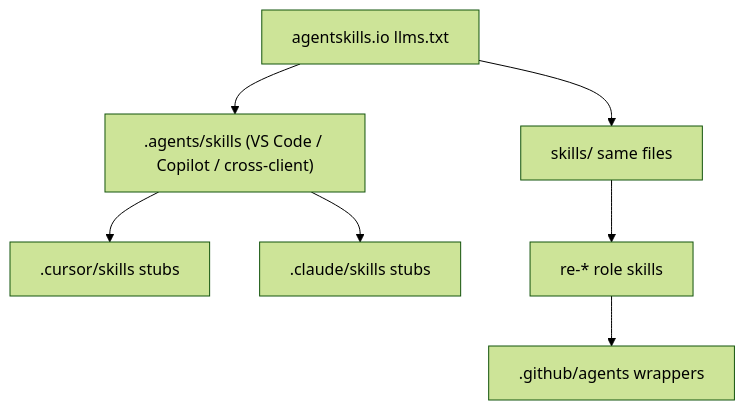
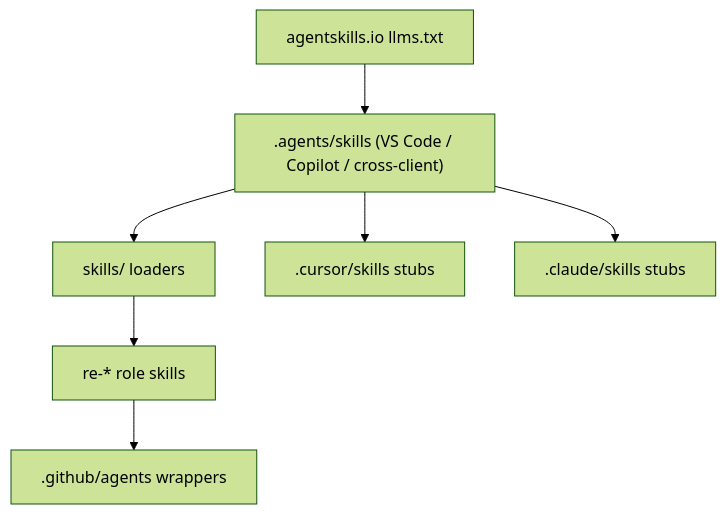
One commit to bodencrouch/AgentDecompile changed the diagram in skills/README.md. Above: the diagram before and after it, drawn with Mermaid (forest theme). The commit also changed other lines of this file and 63 other files, not shown here.

````diff
--- a/skills/README.md
+++ b/skills/README.md
@@ -7,9 +8,9 @@
 ```mermaid
 flowchart TD
   pages[agentskills.io llms.txt] --> agents[".agents/skills (VS Code / Copilot / cross-client)"]
-  pages --> canon[skills/ same files]
+  agents --> canon[skills/ loaders]
   agents --> cursor[.cursor/skills stubs]
   agents --> claude[.claude/skills stubs]
   canon --> roles[re-* role skills]
   roles --> copilot[.github/agents wrappers]
 ```
````
